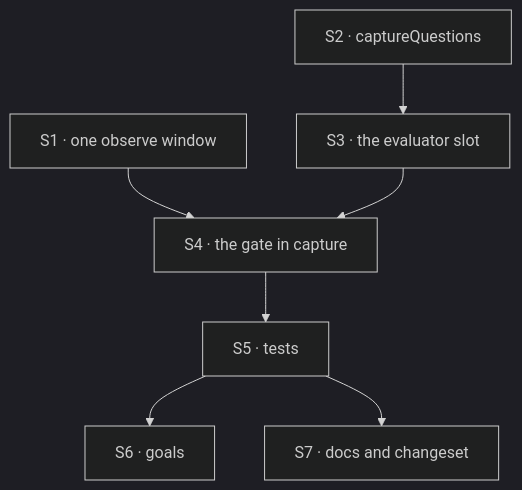
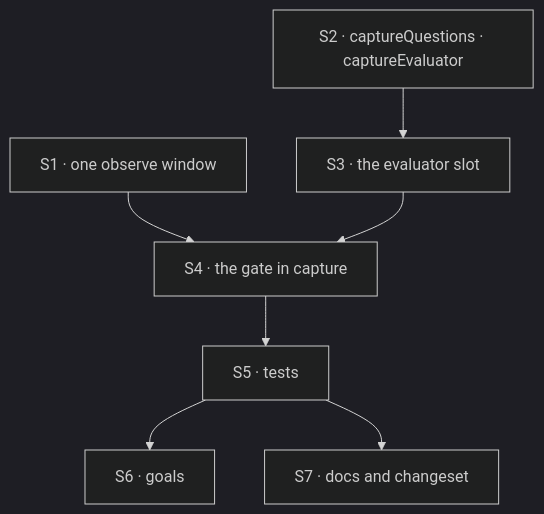
One commit to fixpoint-labs/flow-state-dev changed the diagram in specs/issues/FIX-1555/PLAN.md. Above: the diagram before and after it, drawn with Mermaid (dark theme). The commit also changed other lines of this file and 4 other files, not shown here.

````diff
--- a/specs/issues/FIX-1555/PLAN.md
+++ b/specs/issues/FIX-1555/PLAN.md
@@ -27,9 +27,9 @@
 ```mermaid
 flowchart TD
   S1["S1 · one observe window"] --> S4["S4 · the gate in capture"]
-  S2["S2 · captureQuestions"] --> S3["S3 · the evaluator slot"]
+  S2["S2 · captureQuestions · captureEvaluator"] --> S3["S3 · the evaluator slot"]
   S3 --> S4
   S4 --> S5["S5 · tests"]
   S5 --> S6["S6 · goals"]
   S5 --> S7["S7 · docs and changeset"]
 ```
````
